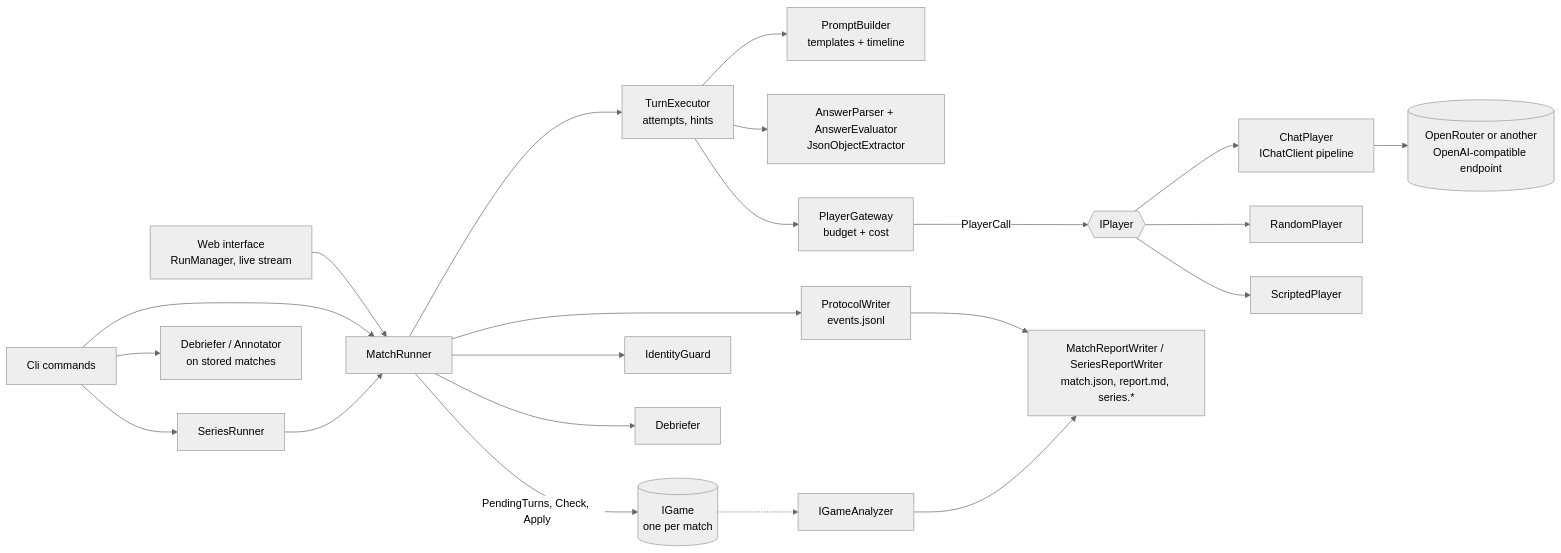
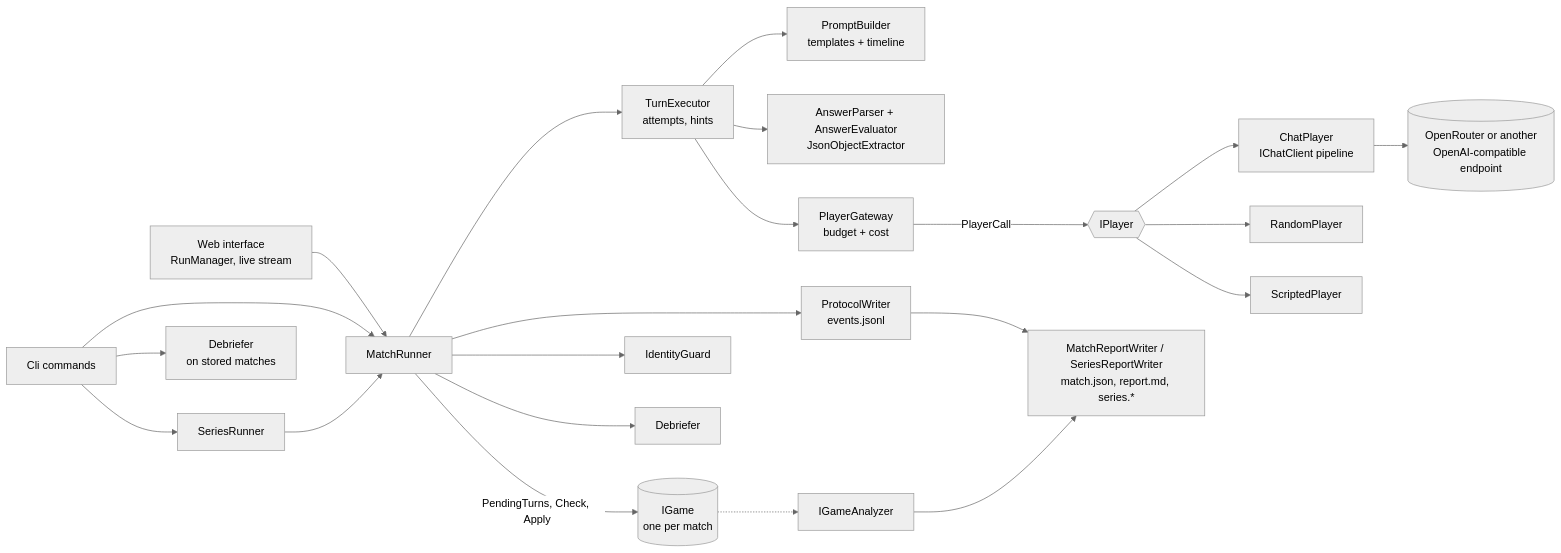
One commit to chr0mcom/LLM-Shootout changed the first of 3 diagrams in docs/architecture.md. Above: the diagram before and after it, drawn with Mermaid (neutral theme). The commit also changed other lines of this file and 44 other files, not shown here.

````diff
--- a/docs/architecture.md
+++ b/docs/architecture.md
@@ -19,24 +19,24 @@
 ```mermaid
 flowchart LR
   Web[Web interface<br/>RunManager, live stream] --> Runner
   CLI[Cli commands] --> Series[SeriesRunner]
   CLI --> Runner[MatchRunner]
-  CLI --> Deb2[Debriefer / Annotator<br/>on stored matches]
+  CLI --> Deb2[Debriefer<br/>on stored matches]
   Series --> Runner
   Runner -->|PendingTurns, Check, Apply| Game[(IGame<br/>one per match)]
   Runner --> Exec[TurnExecutor<br/>attempts, hints]
   Exec --> Prompts[PromptBuilder<br/>templates + timeline]
   Exec --> Parser[AnswerParser + AnswerEvaluator<br/>JsonObjectExtractor]
   Exec --> Gate[PlayerGateway<br/>budget + cost]
   Gate -->|PlayerCall| Players{{IPlayer}}
   Players --> Chat[ChatPlayer<br/>IChatClient pipeline]
   Players --> Random[RandomPlayer]
   Players --> Script[ScriptedPlayer]
   Chat --> OR[(OpenRouter or another<br/>OpenAI-compatible endpoint)]
   Runner --> Guard[IdentityGuard]
   Runner --> Log[ProtocolWriter<br/>events.jsonl]
   Runner --> Debrief[Debriefer]
   Log --> Report[MatchReportWriter / SeriesReportWriter<br/>match.json, report.md, series.*]
   Game -.-> Analyzer[IGameAnalyzer]
   Analyzer --> Report
 ```
````
